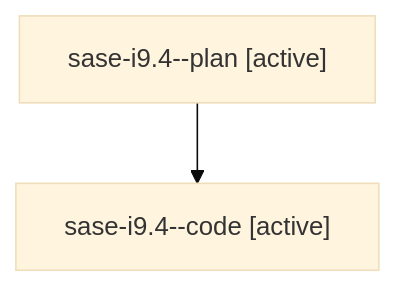
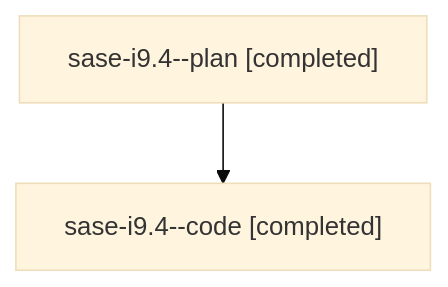
Before and after one commit to sase-org/sase--agents: the diagram in families/bbugyi200.athena.sase-i9.4.md, drawn with Mermaid (base theme). The commit also changed other lines of this file and 55 other files, not shown here.

````diff
--- a/families/bbugyi200.athena.sase-i9.4.md
+++ b/families/bbugyi200.athena.sase-i9.4.md
@@ -9,6 +9,6 @@
 ```mermaid
 flowchart TD
-  n0["sase-i9.4--plan [active]"]
-  n1["sase-i9.4--code [active]"]
+  n0["sase-i9.4--plan [completed]"]
+  n1["sase-i9.4--code [completed]"]
   n0 --> n1
 ```
````
